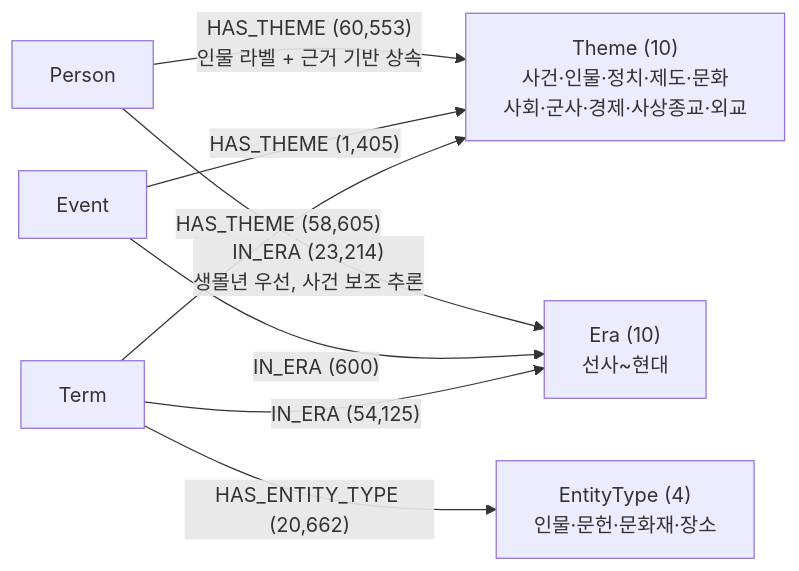
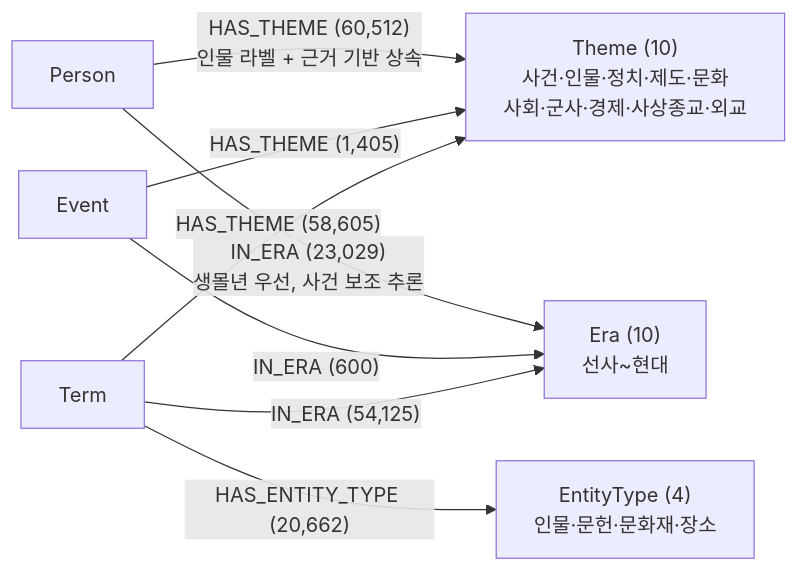
Before and after one commit to SKNETWORKS-FAMILY-AICAMP/SKN27-FINAL-2Team: the third of 7 diagrams in docs/neo4j/neo4j_그래프_스키마_mermaid.md, drawn with Mermaid. The commit also changed other lines of this file and 20 other files, not shown here.

````diff
--- a/docs/neo4j/neo4j_그래프_스키마_mermaid.md
+++ b/docs/neo4j/neo4j_그래프_스키마_mermaid.md
@@ -112,17 +114,17 @@
 ```mermaid
 flowchart LR
     Term["Term"]
     Event["Event"]
     Person["Person"]
     Theme["Theme (10)<br/>사건·인물·정치·제도·문화<br/>사회·군사·경제·사상종교·외교"]
     Era["Era (10)<br/>선사~현대"]
     EntityType["EntityType (4)<br/>인물·문헌·문화재·장소"]
 
     Term -->|"HAS_THEME (58,605)"| Theme
     Event -->|"HAS_THEME (1,405)"| Theme
-    Person -->|"HAS_THEME (60,553)<br/>인물 라벨 + 근거 기반 상속"| Theme
+    Person -->|"HAS_THEME (60,512)<br/>인물 라벨 + 근거 기반 상속"| Theme
     Term -->|"IN_ERA (54,125)"| Era
     Event -->|"IN_ERA (600)"| Era
-    Person -->|"IN_ERA (23,214)<br/>생몰년 우선, 사건 보조 추론"| Era
+    Person -->|"IN_ERA (23,029)<br/>생몰년 우선, 사건 보조 추론"| Era
     Term -->|"HAS_ENTITY_TYPE (20,662)"| EntityType
 ```
````
